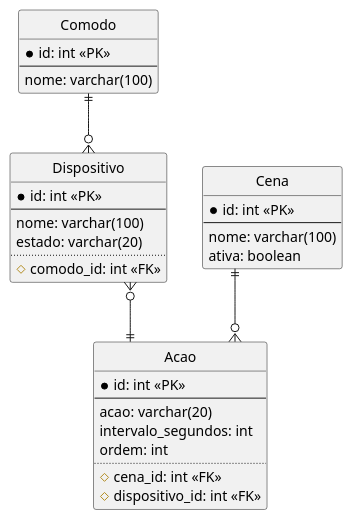
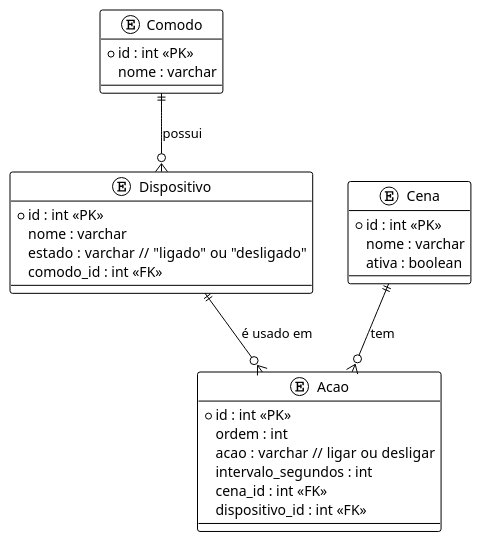
One commit to LincolnMatheus97/controle-domotica changed the diagram in docs/der.puml. Above: the diagram before and after it, drawn with PlantUML.

Commit message:
:books: docs: Atualiza o DER logico do sistema

```diff
--- a/docs/der.puml
+++ b/docs/der.puml
@@ -1,47 +1,34 @@
-@startuml Diagrama de Entidade e Relacionamento - Controle de Domótica
+@startuml - Diagrama de Entidade e Relacionamento
+!theme plain
 
-'-- Aparencia das chaves --'
-hide circle
-skinparam linetype ortho
-
-'-- Definições das Entidades/Tabelas --'
-
-entity "Comodo" {
-    *id: int <<PK>>
-    --
-    nome: varchar(100)
+entity "Comodo" as Comodo {
+  *id : int <<PK>>
+  nome : varchar
 }
 
-entity "Dispositivo" {
-    *id: int <<PK>>
-    --
-    nome: varchar(100)
-    estado: varchar(20)
-    ..
-    #comodo_id: int <<FK>>
+entity "Dispositivo" as Dispositivo {
+  *id : int <<PK>>
+  nome : varchar
+  estado : varchar  // "ligado" ou "desligado"
+  comodo_id : int <<FK>>
 }
 
-entity "Cena" {
-    *id: int <<PK>>
-    --
-    nome: varchar(100)
-    ativa: boolean
+entity "Cena" as Cena {
+  *id : int <<PK>>
+  nome : varchar
+  ativa : boolean
 }
 
-entity "Acao" {
-    *id: int <<PK>>
-    --
-    acao: varchar(20)
-    intervalo_segundos: int
-    ordem: int
-    ..
-    #cena_id: int <<FK>>
-    #dispositivo_id: int <<FK>>
+entity "Acao" as Acao {
+  *id : int <<PK>>
+  ordem : int
+  acao : varchar  // ligar ou desligar
+  intervalo_segundos : int
+  cena_id : int <<FK>>
+  dispositivo_id : int <<FK>>
 }
 
-' -- Relacionamentos das Entidades -- '
-Comodo ||--o{ Dispositivo
-Cena ||--o{ Acao
-Dispositivo }o--|| Acao
-
+Comodo ||--o{ Dispositivo : "possui"
+Cena ||--o{ Acao : "tem"
+Dispositivo ||--o{ Acao : "é usado em"
 @enduml
```
